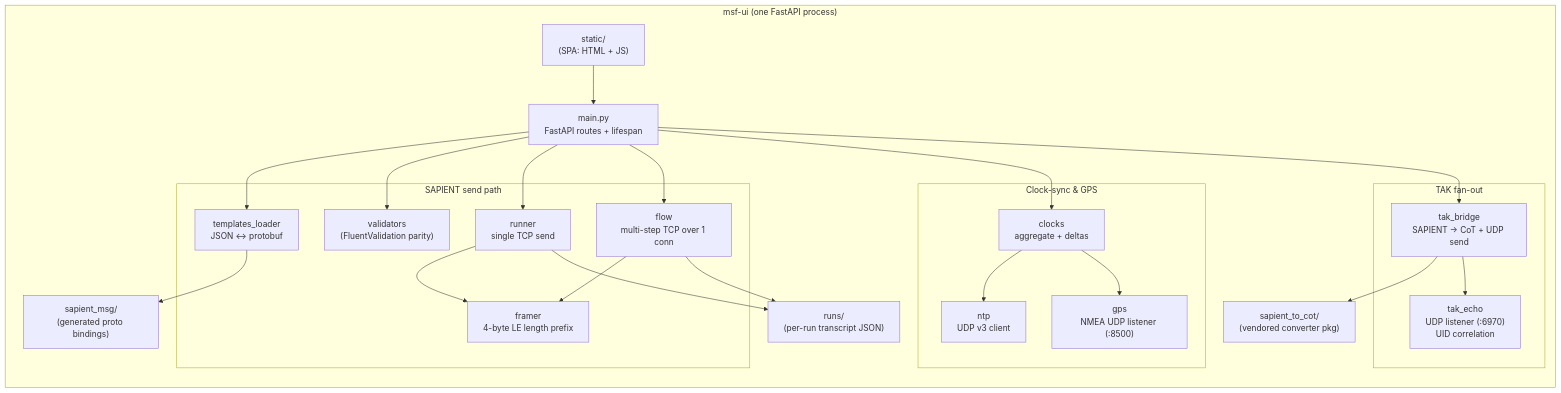
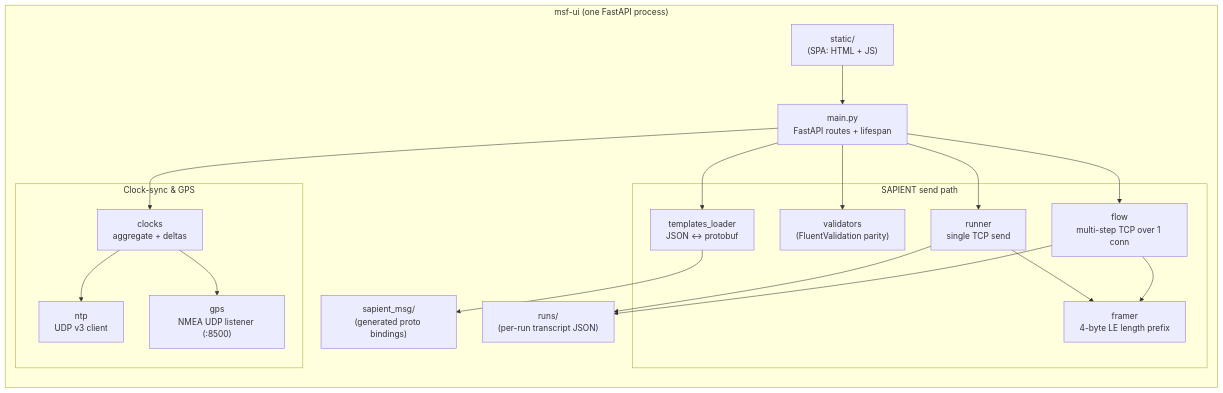
Before and after one commit to vinayakkankanwadi/multi-sensor-fusion: the second of 12 diagrams in Architecture.md, drawn with Mermaid. The commit also changed other lines of this file and 15 other files, not shown here.

````diff
--- a/Architecture.md
+++ b/Architecture.md
@@ -67,48 +82,39 @@
 ```mermaid
 flowchart TB
     subgraph container["msf-ui (one FastAPI process)"]
         direction TB
         Static["static/<br/>(SPA: HTML + JS)"]
         Main["main.py<br/>FastAPI routes + lifespan"]
 
         subgraph send["SAPIENT send path"]
             Templates["templates_loader<br/>JSON ↔ protobuf"]
             Validators["validators<br/>(FluentValidation parity)"]
             Framer["framer<br/>4-byte LE length prefix"]
             Runner["runner<br/>single TCP send"]
             Flow["flow<br/>multi-step TCP over 1 conn"]
         end
 
         subgraph clocks["Clock-sync & GPS"]
             NTP["ntp<br/>UDP v3 client"]
             GPS["gps<br/>NMEA UDP listener (:8500)"]
             Clocks["clocks<br/>aggregate + deltas"]
         end
 
-        subgraph takout["TAK fan-out"]
-            Bridge["tak_bridge<br/>SAPIENT → CoT + UDP send"]
-            Echo["tak_echo<br/>UDP listener (:6970)<br/>UID correlation"]
-        end
-
         Proto["sapient_msg/<br/>(generated proto bindings)"]
-        SapientToCot["sapient_to_cot/<br/>(vendored converter pkg)"]
         Runs["runs/<br/>(per-run transcript JSON)"]
     end
 
     Static --> Main
     Main --> Templates
     Main --> Validators
     Main --> Runner
     Main --> Flow
     Main --> Clocks
-    Main --> Bridge
     Runner --> Framer
     Flow --> Framer
     Templates --> Proto
-    Bridge --> SapientToCot
-    Bridge --> Echo
     Clocks --> NTP
     Clocks --> GPS
     Runner --> Runs
     Flow --> Runs
 ```
````
